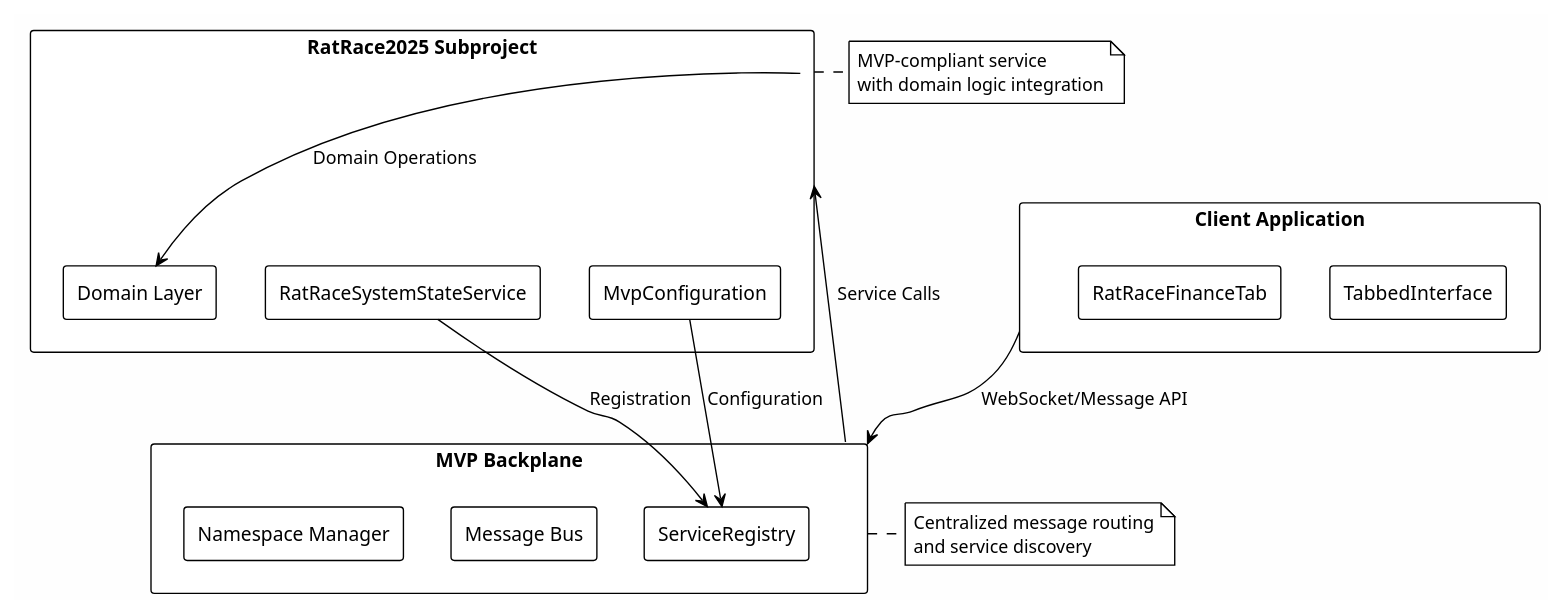
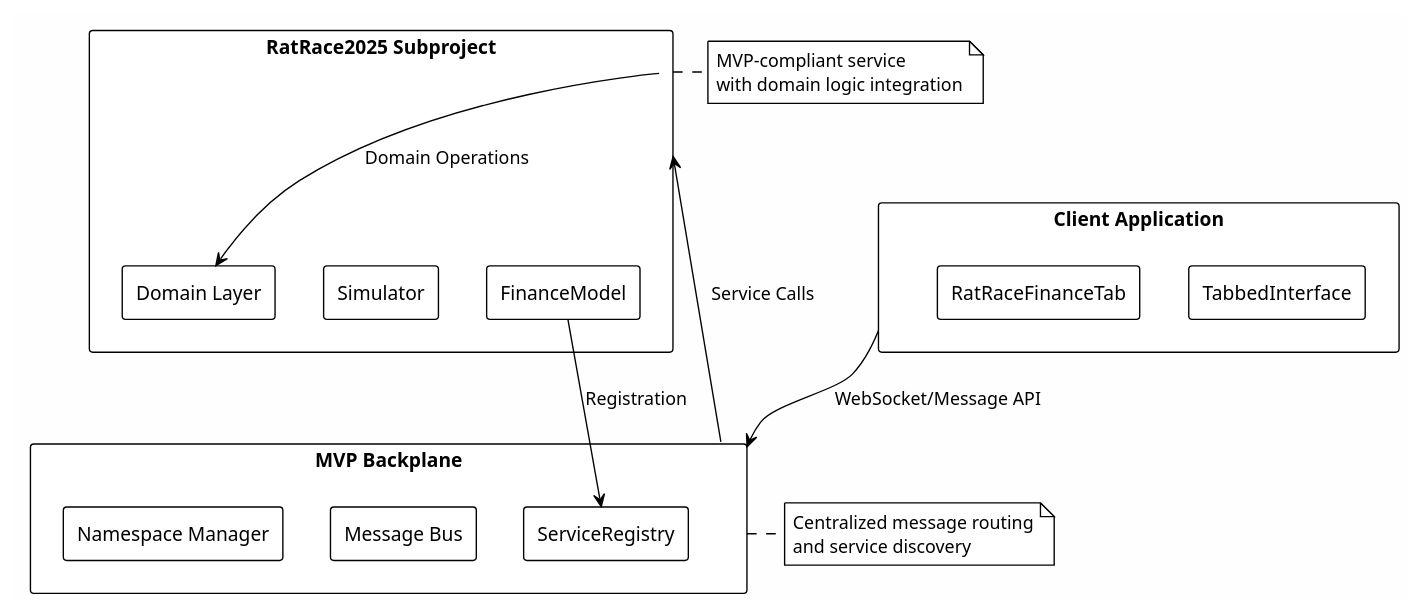
Before and after one commit to andypaul65/RatRace2025: the first of 17 diagrams in RatRace2025/docs/design/architecture.md, drawn with PlantUML. The commit also changed other lines of this file and 2 other files, not shown here.

````diff
--- a/RatRace2025/docs/design/architecture.md
+++ b/RatRace2025/docs/design/architecture.md
@@ -21,39 +21,38 @@
 ```plantuml
 @startuml MVP Integration
 !theme plain
 skinparam backgroundColor #FEFEFE
 
 rectangle "MVP Backplane" as MVP {
     rectangle "ServiceRegistry" as SR
     rectangle "Message Bus" as MB
     rectangle "Namespace Manager" as NM
 }
 
 rectangle "RatRace2025 Subproject" as RR {
-    rectangle "RatRaceSystemStateService" as RSS
-    rectangle "MvpConfiguration" as MC
+    rectangle "FinanceModel" as FM
+    rectangle "Simulator" as SIM
     rectangle "Domain Layer" as DL
 }
 
 rectangle "Client Application" as Client {
     rectangle "TabbedInterface" as TI
     rectangle "RatRaceFinanceTab" as RFT
 }
 
 Client --> MVP : WebSocket/Message API
 MVP --> RR : Service Calls
 RR --> DL : Domain Operations
-RSS --> SR : Registration
-MC --> SR : Configuration
+FM --> SR : Registration
 
 note right of MVP
     Centralized message routing
     and service discovery
 end note
 
 note right of RR
     MVP-compliant service
     with domain logic integration
 end note
 @enduml
 ```
````
